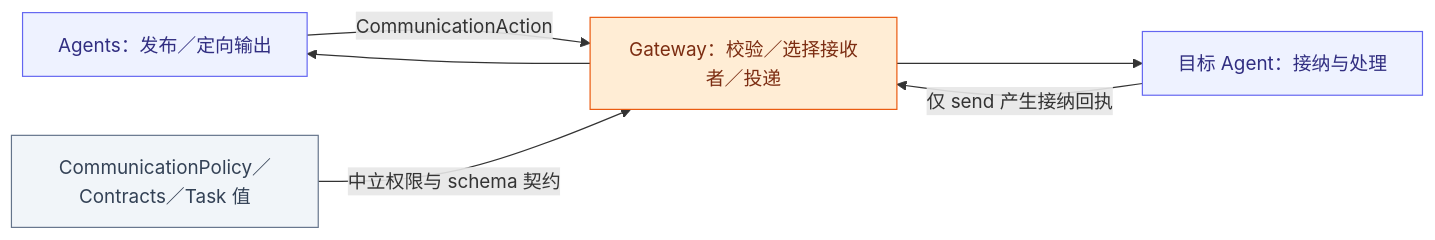
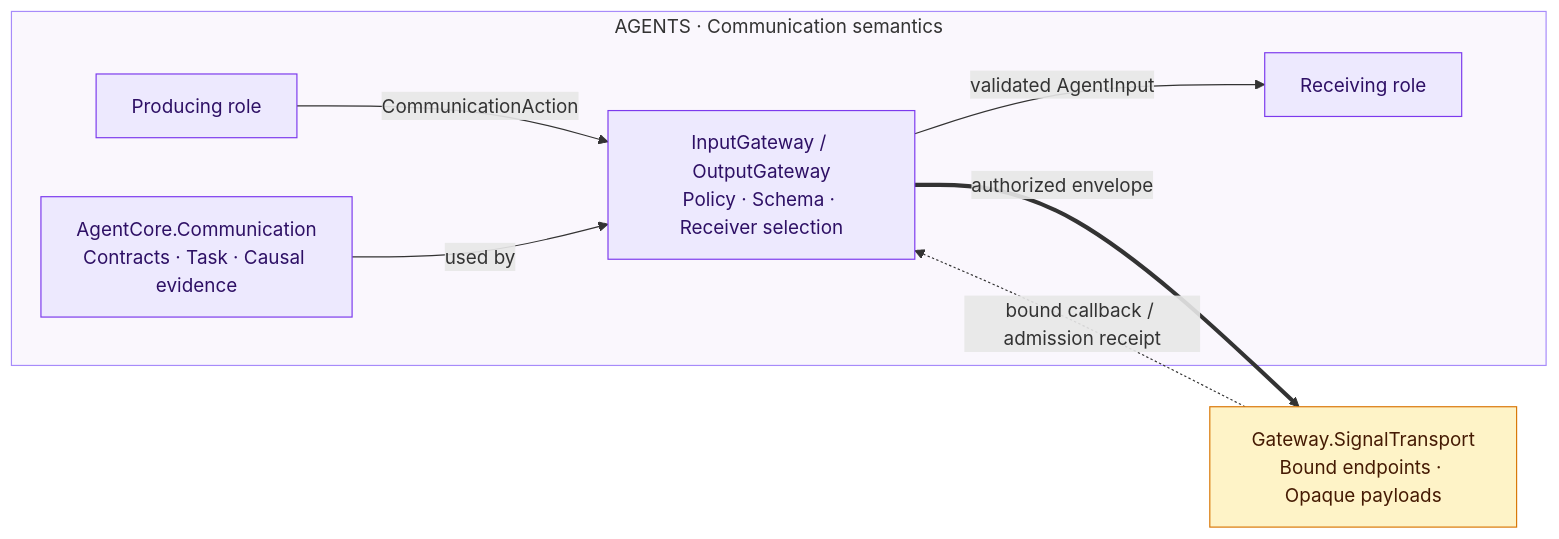
Before and after one commit to devilyouwei/MobileHarness: the first of 2 diagrams in MobileHarness/Agents/Support/Core/Communication/README.md, drawn with Mermaid. The commit also changed other lines of this file and 352 other files, not shown here.

````diff
--- a/MobileHarness/Agents/Support/Core/Communication/README.md
+++ b/MobileHarness/Agents/Support/Core/Communication/README.md
@@ -7,20 +7,18 @@
 ```mermaid
 flowchart LR
- A["Agents：发布／定向输出"]:::agent
- G["Gateway：校验／选择接收者／投递"]:::gateway
- C["CommunicationPolicy／Contracts／Task 值"]:::host
- R["目标 Agent：接纳与处理"]:::agent
- A -->|"CommunicationAction"| G
- C -->|"中立权限与 schema 契约"| G
- G --> R
- R -->|"仅 send 产生接纳回执"| G
- G --> A
- classDef ui fill:#e0f2fe,stroke:#0284c7,color:#0c4a6e
- classDef platform fill:#dcfce7,stroke:#16a34a,color:#14532d
- classDef model fill:#f3e8ff,stroke:#9333ea,color:#581c87
- classDef storage fill:#fef3c7,stroke:#d97706,color:#78350f
- classDef agent fill:#eef2ff,stroke:#6366f1,color:#312e81
- classDef gateway fill:#ffedd5,stroke:#ea580c,color:#7c2d12
- classDef action fill:#ffe4e6,stroke:#e11d48,color:#881337
- classDef host fill:#f1f5f9,stroke:#64748b,color:#334155
+    subgraph Cognition["AGENTS · Communication semantics"]
+        A["Producing role"]:::agent
+        P["InputGateway / OutputGateway<br/>Policy · Schema · Receiver selection"]:::agent
+        C["AgentCore.Communication<br/>Contracts · Task · Causal evidence"]:::agent
+        R["Receiving role"]:::agent
+        A -->|CommunicationAction| P
+        C -->|used by| P
+    end
+    G["Gateway.SignalTransport<br/>Bound endpoints · Opaque payloads"]:::gateway
+    P ==>|authorized envelope| G
+    G -.->|bound callback / admission receipt| P
+    P -->|validated AgentInput| R
+    classDef agent fill:#ede9fe,stroke:#7c3aed,color:#2e1065
+    classDef gateway fill:#fef3c7,stroke:#d97706,color:#451a03
+    style Cognition fill:#faf7fd,stroke:#a78bfa
 ```
````
